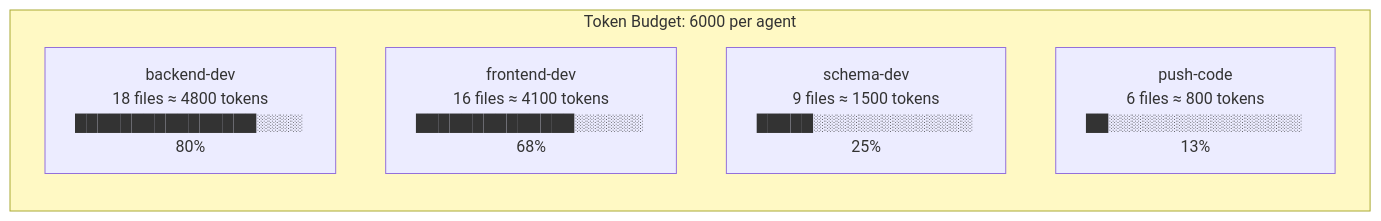
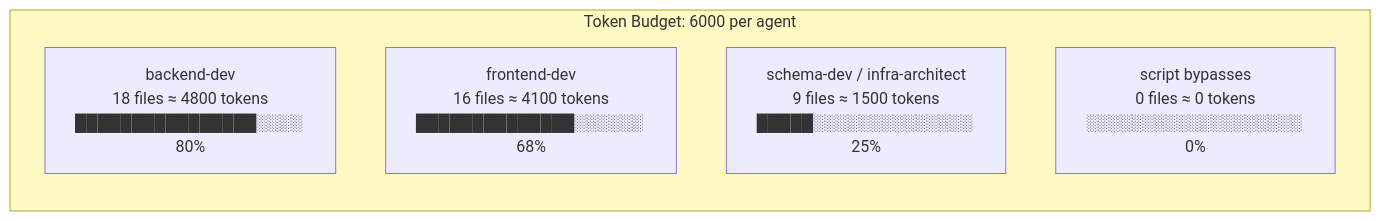
Before and after one commit to RomanKaliupinMelonusa/DAGent-t: the fourth of 6 diagrams in tools/autonomous-factory/docs/03-apm-context.md, drawn with Mermaid. The commit also changed other lines of this file and 5 other files, not shown here.

````diff
--- a/tools/autonomous-factory/docs/03-apm-context.md
+++ b/tools/autonomous-factory/docs/03-apm-context.md
@@ -253,12 +269,12 @@
 ```mermaid
 flowchart LR
     subgraph BUDGET["Token Budget: 6000 per agent"]
         direction TB
         B1["backend-dev\n18 files ≈ 4800 tokens\n████████████████░░░░ 80%"]
         B2["frontend-dev\n16 files ≈ 4100 tokens\n██████████████░░░░░░ 68%"]
-        B3["schema-dev\n9 files ≈ 1500 tokens\n█████░░░░░░░░░░░░░░ 25%"]
-        B4["push-code\n6 files ≈ 800 tokens\n██░░░░░░░░░░░░░░░░░ 13%"]
+        B3["schema-dev / infra-architect\n9 files ≈ 1500 tokens\n█████░░░░░░░░░░░░░░ 25%"]
+        B4["script bypasses\n0 files ≈ 0 tokens\n░░░░░░░░░░░░░░░░░░░ 0%"]
     end
 
     style BUDGET fill:#fff9c4
 ```
````
